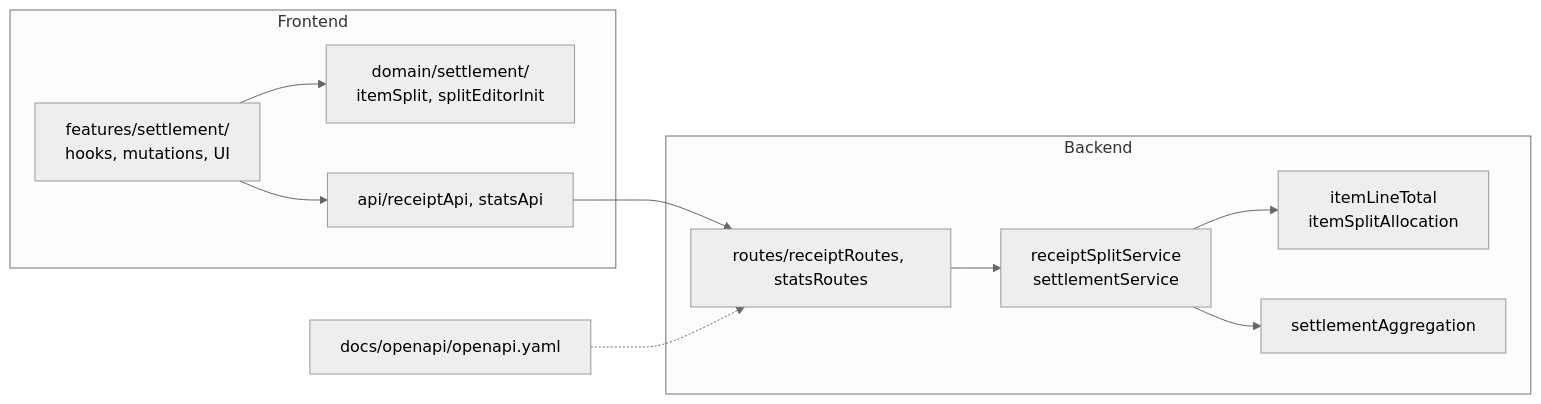
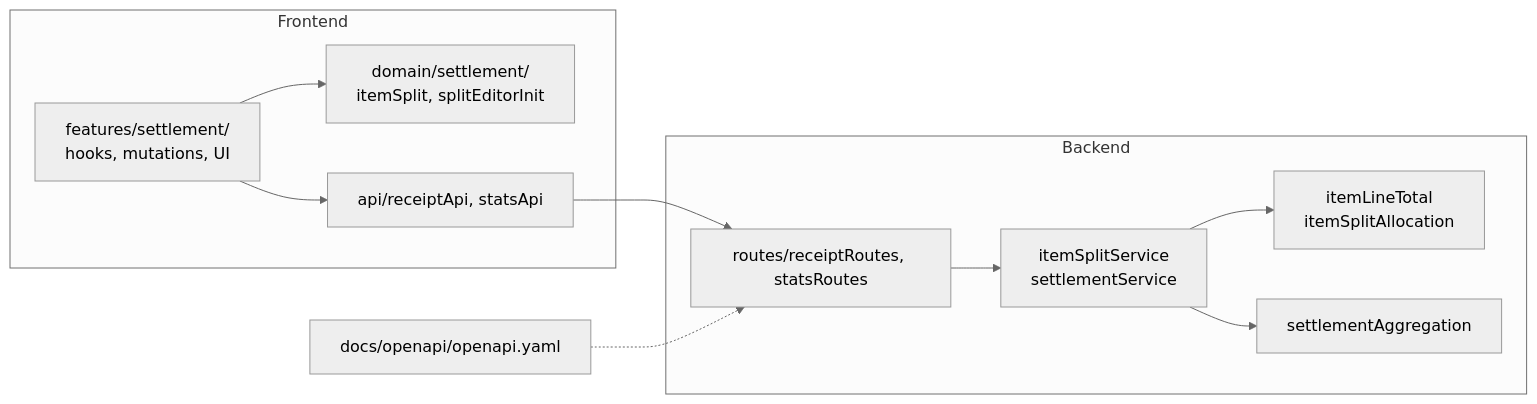
One commit to yama180sx/receipt-ai-app changed the diagram in docs/design/settlement-change-guide.md. Above: the diagram before and after it, drawn with Mermaid (neutral theme). The commit also changed other lines of this file and 7 other files, not shown here.

First line of the commit message:
refactor(backend): 按分ロジックを services/settlement/ に集約（#105-6）

````diff
--- a/docs/design/settlement-change-guide.md
+++ b/docs/design/settlement-change-guide.md
@@ -21,25 +21,25 @@
 ```mermaid
 flowchart LR
   subgraph fe [Frontend]
     Domain["domain/settlement/<br/>itemSplit, splitEditorInit"]
     Features["features/settlement/<br/>hooks, mutations, UI"]
     Api["api/receiptApi, statsApi"]
   end
 
   subgraph be [Backend]
     Routes["routes/receiptRoutes, statsRoutes"]
-    Services["receiptSplitService<br/>settlementService"]
+    Services["itemSplitService<br/>settlementService"]
     Utils["itemLineTotal<br/>itemSplitAllocation"]
     Agg["settlementAggregation"]
   end
 
   OpenAPI["docs/openapi/openapi.yaml"]
 
   Features --> Domain
   Features --> Api
   Api --> Routes
   Routes --> Services
   Services --> Utils
   Services --> Agg
   OpenAPI -.-> Routes
 ```
````
